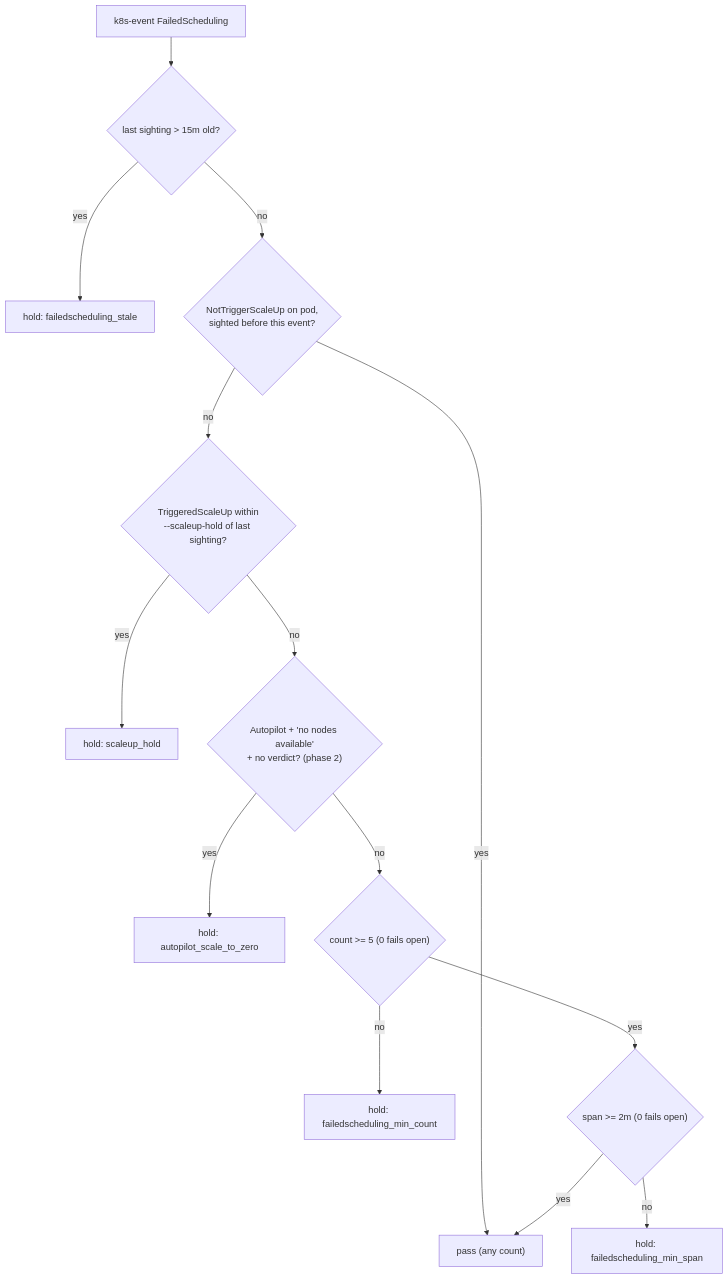
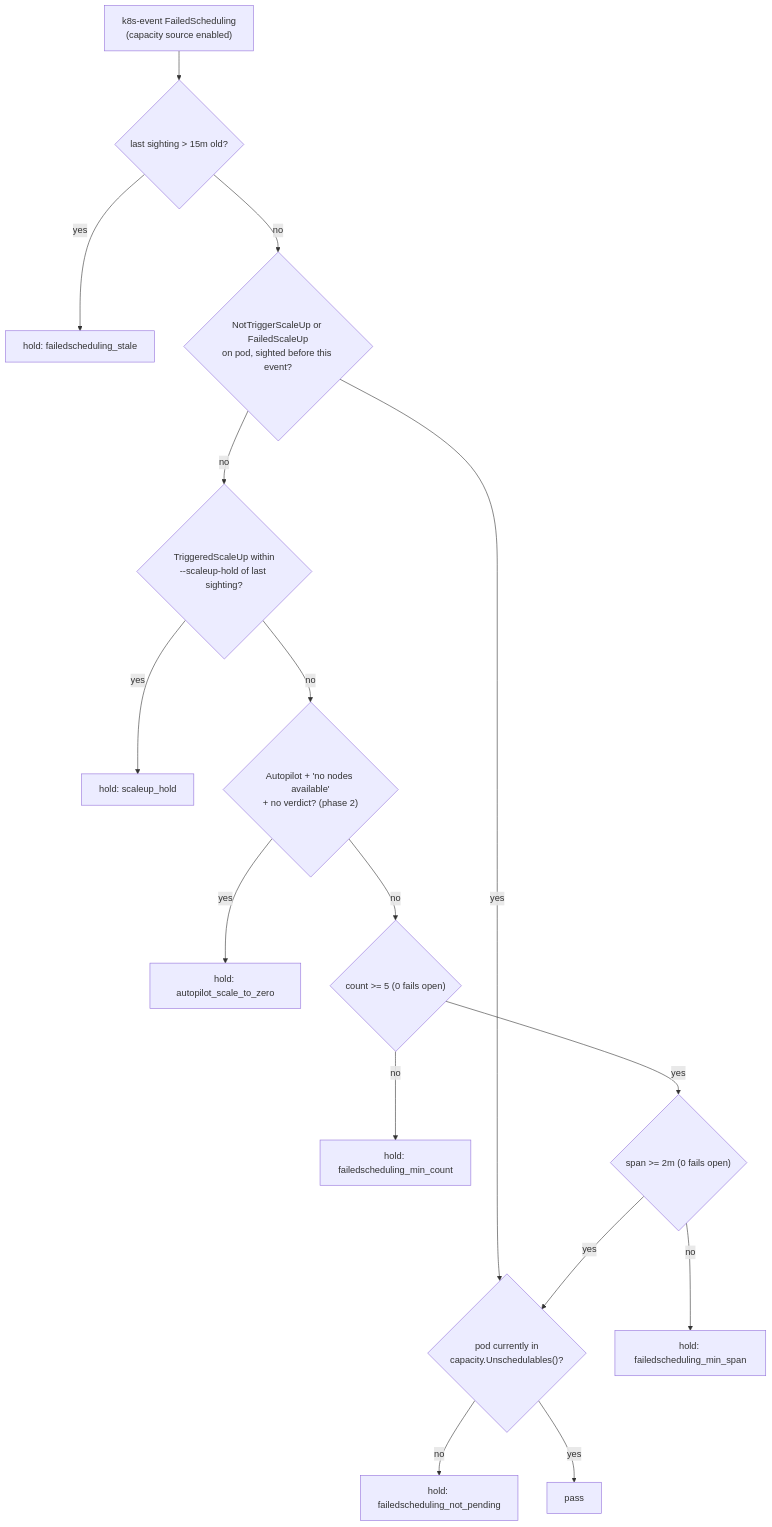
Before and after one commit to go-steer/k8s-lookout: the diagram in docs/assessments/2026-11-18-kube-agents-event-watcher-noise.md, drawn with Mermaid. The commit also changed other lines of this file, not shown here.

````diff
--- a/docs/assessments/2026-11-18-kube-agents-event-watcher-noise.md
+++ b/docs/assessments/2026-11-18-kube-agents-event-watcher-noise.md
@@ -205,16 +236,18 @@
 ```mermaid
 flowchart TD
-    A["k8s-event FailedScheduling"] --> B{"last sighting > 15m old?"}
+    A["k8s-event FailedScheduling\n(capacity source enabled)"] --> B{"last sighting > 15m old?"}
     B -- yes --> H1["hold: failedscheduling_stale"]
-    B -- no --> C{"NotTriggerScaleUp on pod,\nsighted before this event?"}
-    C -- yes --> P["pass (any count)"]
+    B -- no --> C{"NotTriggerScaleUp or FailedScaleUp\non pod, sighted before this event?"}
+    C -- yes --> U1{"pod currently in\ncapacity.Unschedulables()?"}
     C -- no --> D{"TriggeredScaleUp within\n--scaleup-hold of last sighting?"}
     D -- yes --> H2["hold: scaleup_hold"]
     D -- no --> E{"Autopilot + 'no nodes available'\n+ no verdict? (phase 2)"}
     E -- yes --> H3["hold: autopilot_scale_to_zero"]
     E -- no --> F{"count >= 5 (0 fails open)"}
     F -- no --> H4["hold: failedscheduling_min_count"]
     F -- yes --> G{"span >= 2m (0 fails open)"}
     G -- no --> H5["hold: failedscheduling_min_span"]
-    G -- yes --> P
+    G -- yes --> U1
+    U1 -- no --> H6["hold: failedscheduling_not_pending"]
+    U1 -- yes --> P["pass"]
 ```
````
